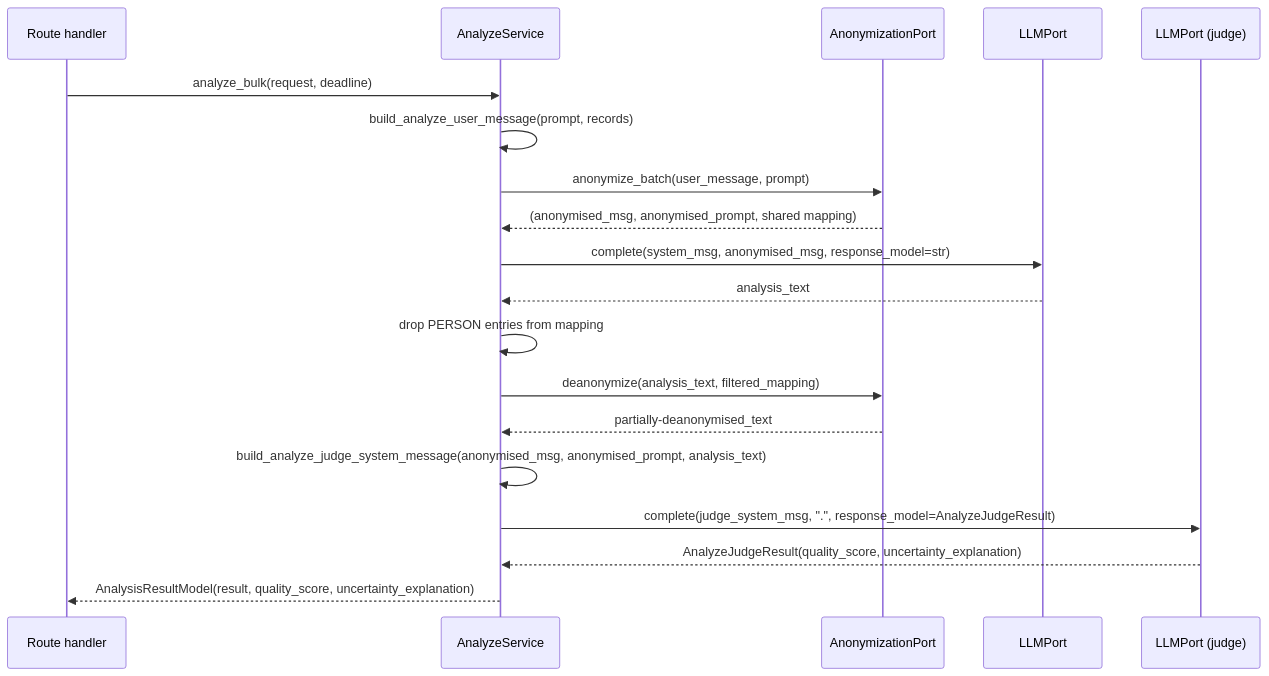
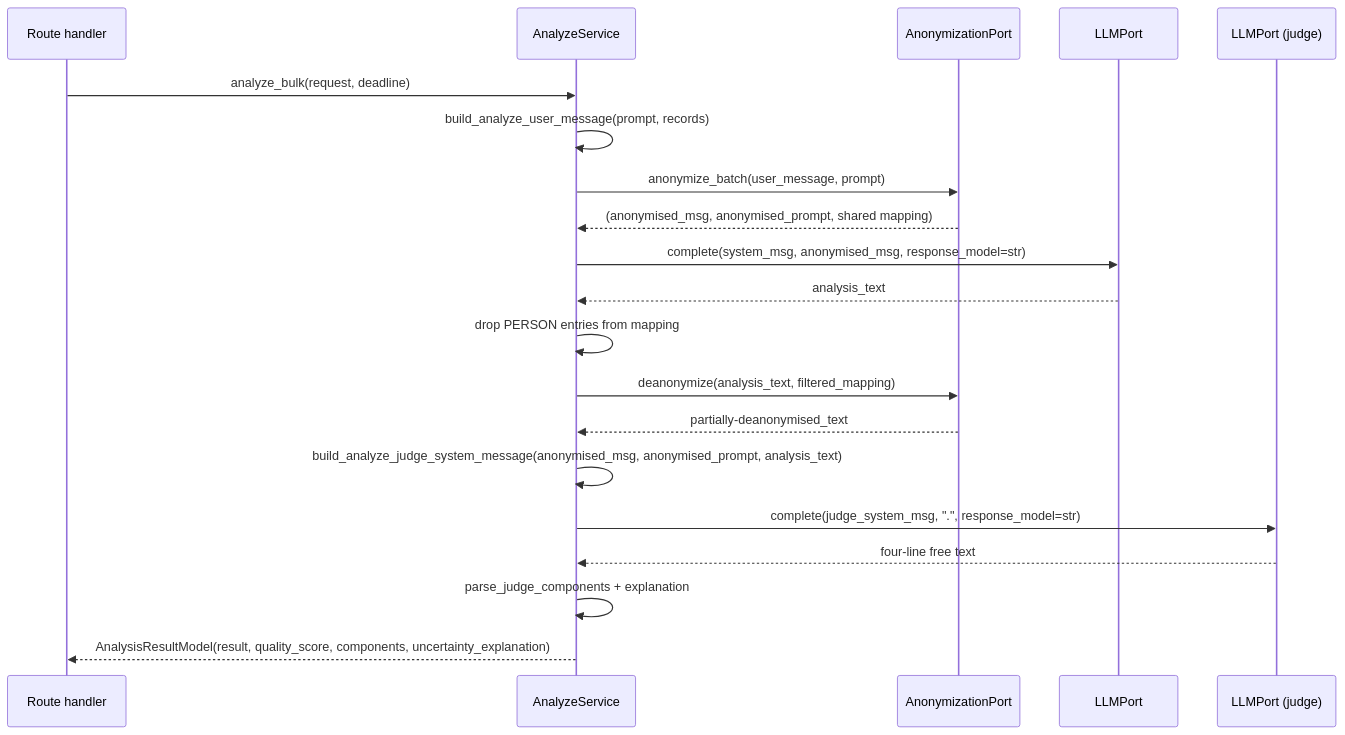
Before and after one commit to rodekruis/qualitative-feedback-analysis: the diagram in docs/architecture/06-prompt-envelope.md, drawn with Mermaid. The commit also changed other lines of this file and 4 other files, not shown here.

````diff
--- a/docs/architecture/06-prompt-envelope.md
+++ b/docs/architecture/06-prompt-envelope.md
@@ -185,22 +199,23 @@
 ```mermaid
 sequenceDiagram
     participant route as Route handler
     participant orch as AnalyzeService
     participant anon as AnonymizationPort
     participant llm as LLMPort
     participant judge as LLMPort (judge)
 
     route->>orch: analyze_bulk(request, deadline)
     orch->>orch: build_analyze_user_message(prompt, records)
     orch->>anon: anonymize_batch(user_message, prompt)
     anon-->>orch: (anonymised_msg, anonymised_prompt, shared mapping)
     orch->>llm: complete(system_msg, anonymised_msg, response_model=str)
     llm-->>orch: analysis_text
     orch->>orch: drop PERSON entries from mapping
     orch->>anon: deanonymize(analysis_text, filtered_mapping)
     anon-->>orch: partially-deanonymised_text
     orch->>orch: build_analyze_judge_system_message(anonymised_msg, anonymised_prompt, analysis_text)
-    orch->>judge: complete(judge_system_msg, ".", response_model=AnalyzeJudgeResult)
-    judge-->>orch: AnalyzeJudgeResult(quality_score, uncertainty_explanation)
-    orch-->>route: AnalysisResultModel(result, quality_score, uncertainty_explanation)
+    orch->>judge: complete(judge_system_msg, ".", response_model=str)
+    judge-->>orch: four-line free text
+    orch->>orch: parse_judge_components + explanation
+    orch-->>route: AnalysisResultModel(result, quality_score, components, uncertainty_explanation)
 ```
````
